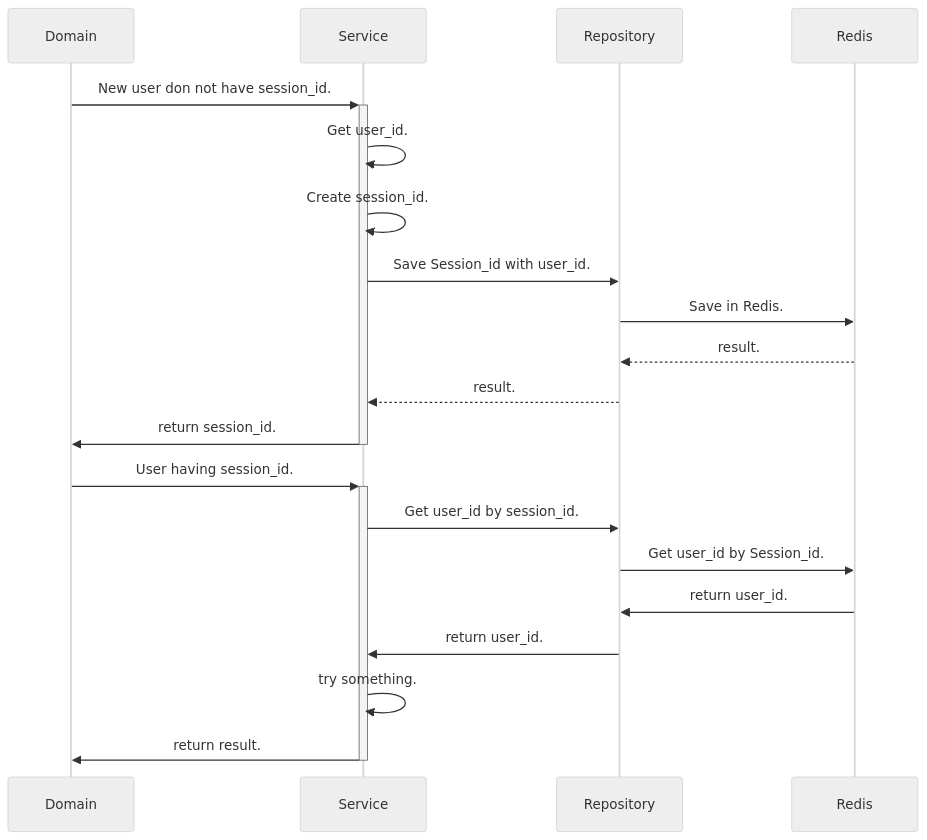
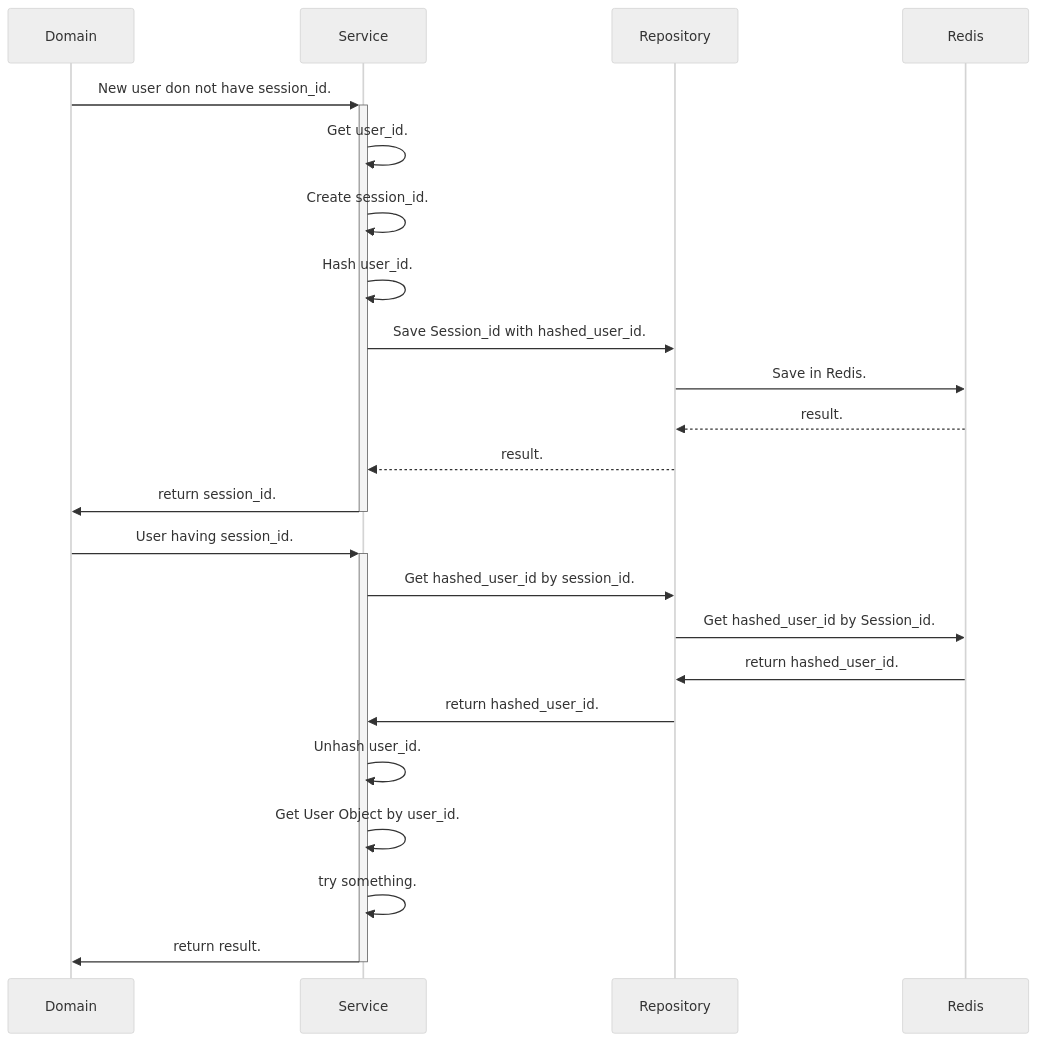
One commit to yutakasugiura/redis_learning changed the diagram in README.md. Above: the diagram before and after it, drawn with Mermaid (neutral theme).

Commit message:
add:hash

````diff
--- a/README.md
+++ b/README.md
@@ -31,22 +31,25 @@
 ```mermaid
 sequenceDiagram
     participant Domain
     participant Service
     participant Repository
     participant Redis
     Domain->>+Service: New user don not have session_id. 
     Service->>Service: Get user_id.
     Service->>Service: Create session_id.
-    Service->>Repository: Save Session_id with user_id.
+    Service->>Service: Hash user_id.
+    Service->>Repository: Save Session_id with hashed_user_id.
     Repository->>Redis: Save in Redis.
     Redis-->>Repository: result.
     Repository-->>Service: result.
     Service->>-Domain: return session_id.
     Domain->>+Service: User having session_id.
-    Service->>Repository: Get user_id by session_id.
-    Repository->>Redis: Get user_id by Session_id.
-    Redis->>Repository: return user_id.
-    Repository->>Service: return user_id.
+    Service->>Repository: Get hashed_user_id by session_id.
+    Repository->>Redis: Get hashed_user_id by Session_id.
+    Redis->>Repository: return hashed_user_id.
+    Repository->>Service: return hashed_user_id.
+    Service->>Service: Unhash user_id.
+    Service->>Service: Get User Object by user_id.
     Service->>Service: try something.
     Service->>-Domain: return result.
 ```
````
